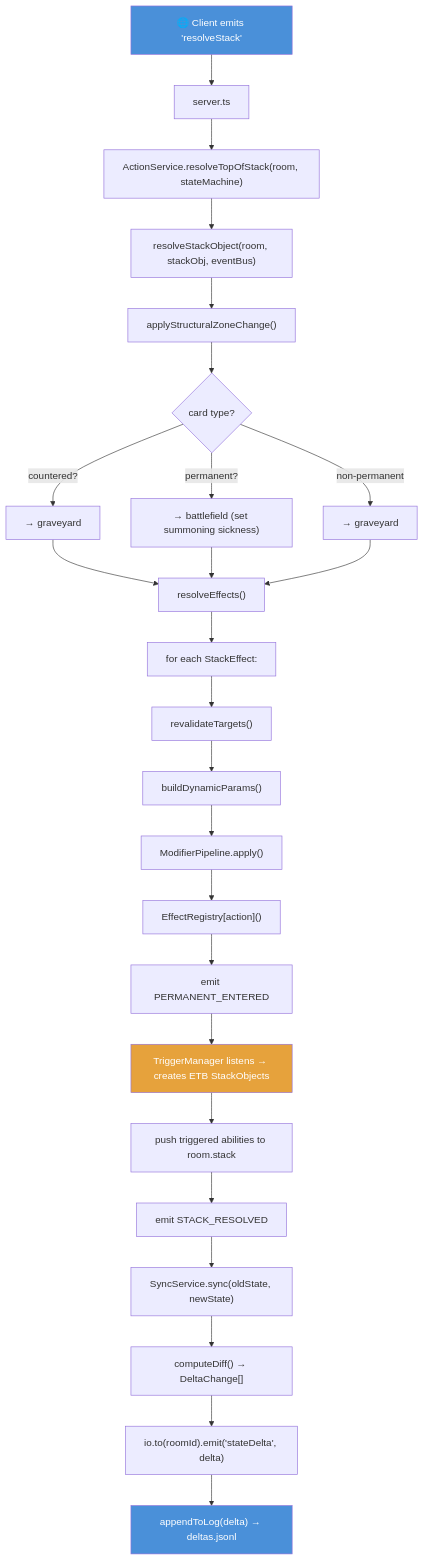
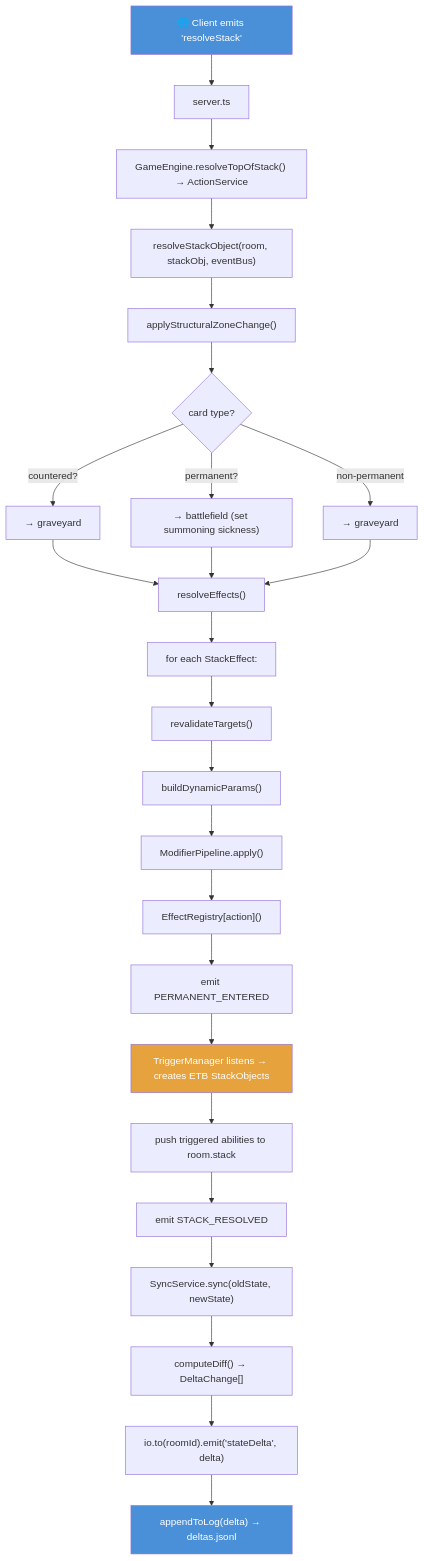
Before and after one commit to sschan39/card-game: the second of 4 diagrams in ARCHITECTURE.md, drawn with Mermaid. The commit also changed other lines of this file and 1 other file, not shown here.

````diff
--- a/ARCHITECTURE.md
+++ b/ARCHITECTURE.md
@@ -380,38 +491,38 @@
 ```mermaid
 flowchart TD
     A["🌐 Client emits 'resolveStack'"] --> B["server.ts"]
-    B --> C["ActionService.resolveTopOfStack(room, stateMachine)"]
+    B --> C["GameEngine.resolveTopOfStack() → ActionService"]
 
     C --> D["resolveStackObject(room, stackObj, eventBus)"]
 
     D --> E["applyStructuralZoneChange()"]
     E --> E1{"card type?"}
     E1 -->|"countered?"| E2["→ graveyard"]
     E1 -->|"permanent?"| E3["→ battlefield (set summoning sickness)"]
     E1 -->|"non-permanent"| E4["→ graveyard"]
 
     E2 --> F["resolveEffects()"]
     E3 --> F
     E4 --> F
 
     F --> G["for each StackEffect:"]
     G --> G1["revalidateTargets()"]
     G1 --> G2["buildDynamicParams()"]
     G2 --> G3["ModifierPipeline.apply()"]
     G3 --> G4["EffectRegistry[action]()"]
 
     G4 --> H["emit PERMANENT_ENTERED"]
     H --> H1["TriggerManager listens → creates ETB StackObjects"]
     H1 --> H2["push triggered abilities to room.stack"]
 
     H2 --> I["emit STACK_RESOLVED"]
 
     I --> J["SyncService.sync(oldState, newState)"]
     J --> J1["computeDiff() → DeltaChange[]"]
     J1 --> J2["io.to(roomId).emit('stateDelta', delta)"]
     J2 --> J3["appendToLog(delta) → deltas.jsonl"]
 
     style A fill:#4a90d9,color:#fff
     style J3 fill:#4a90d9,color:#fff
     style H1 fill:#e6a23c,color:#fff
 ```
````
